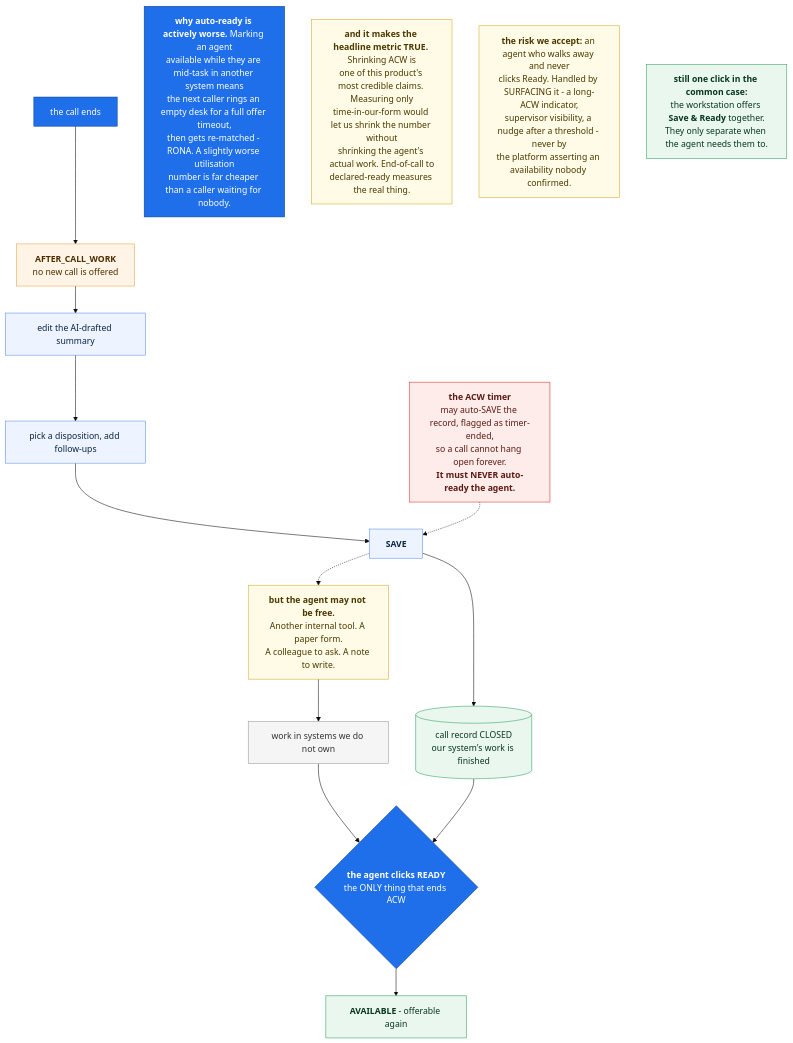
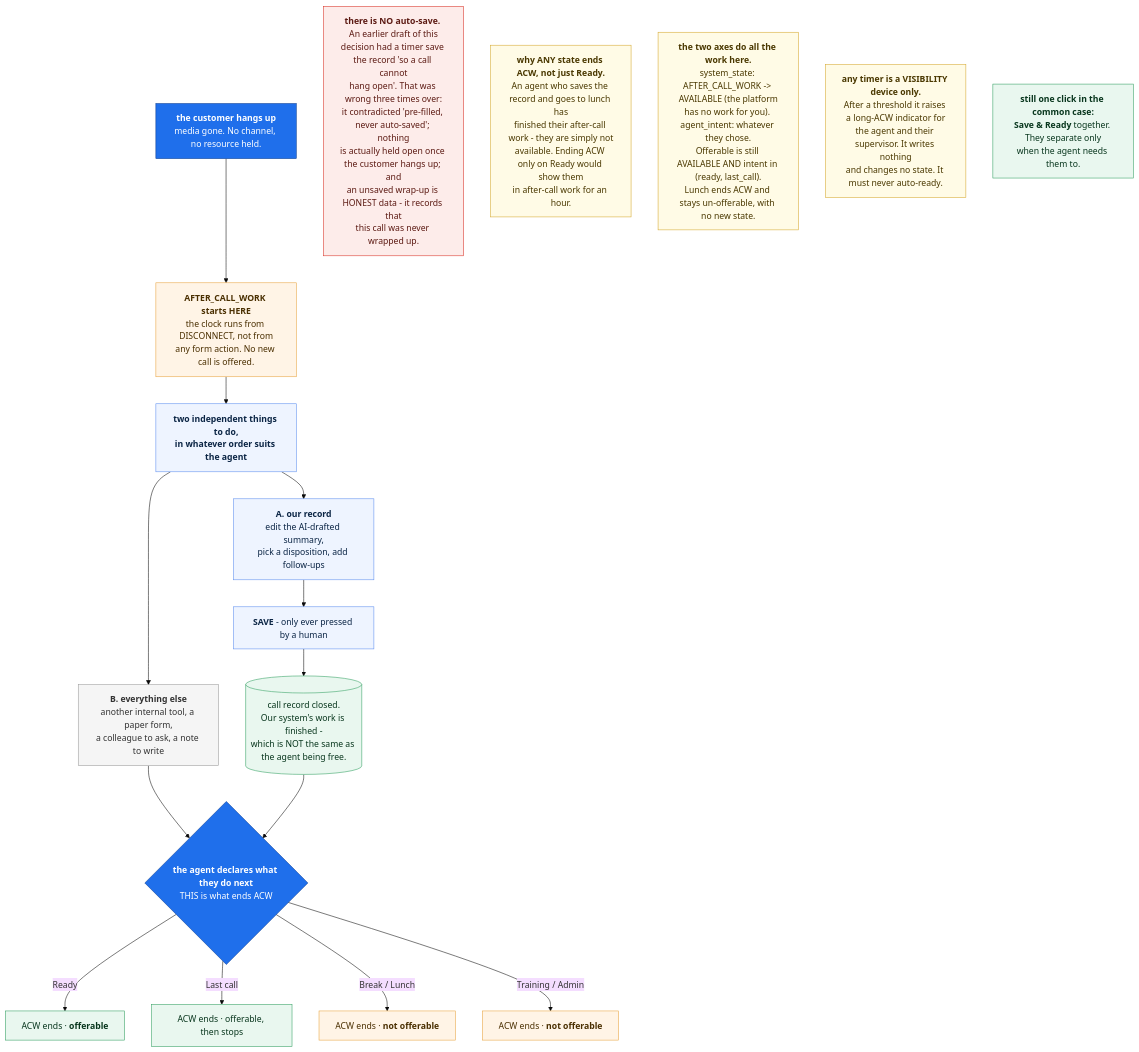
The diagram in docs/diagrams/src/acw_and_ready.mmd (anakom-suvonvorn/Krungsri-ReadyCall), drawn with Mermaid (base theme) before and after one commit. The commit also changed 8 other files, not shown here.

First line of the commit message:
acw: no auto-save, clock runs from disconnect, and any declared state ends ACW (D45 revised)

```diff
--- a/docs/diagrams/src/acw_and_ready.mmd
+++ b/docs/diagrams/src/acw_and_ready.mmd
@@ -1,39 +1,44 @@
-%% HANDWRITTEN. Checked against D45
+%% HANDWRITTEN. Checked against D45 (revised)
 flowchart TB
-    END["the call ends"]:::in
-    END --> ACW["<b>AFTER_CALL_WORK</b><br/>no new call is offered"]:::acw
+    END["<b>the customer hangs up</b><br/>media gone. No channel, no resource held."]:::in
+    END --> ACW["<b>AFTER_CALL_WORK starts HERE</b><br/>the clock runs from DISCONNECT, not from<br/>any form action. No new call is offered."]:::acw
 
-    ACW --> W1["edit the AI-drafted summary"]:::step
-    W1 --> W2["pick a disposition, add follow-ups"]:::step
-    W2 --> SAVE["<b>SAVE</b>"]:::save
-    SAVE --> REC[("call record CLOSED<br/>our system's work is finished")]:::store
+    ACW --> BOTH["<b>two independent things to do,<br/>in whatever order suits the agent</b>"]:::split
 
-    SAVE -.-> STILL["<b>but the agent may not be free.</b><br/>Another internal tool. A paper form.<br/>A colleague to ask. A note to write."]:::note
-    STILL --> OTHER["work in systems we do not own"]:::other
-    OTHER --> READY
+    BOTH --> A1["<b>A. our record</b><br/>edit the AI-drafted summary,<br/>pick a disposition, add follow-ups"]:::step
+    BOTH --> B1["<b>B. everything else</b><br/>another internal tool, a paper form,<br/>a colleague to ask, a note to write"]:::other
 
-    REC --> READY{"<b>the agent clicks READY</b><br/>the ONLY thing that ends ACW"}:::gate
-    READY --> AVAIL["<b>AVAILABLE</b> - offerable again"]:::ok
+    A1 --> SAVE["<b>SAVE</b> - only ever pressed by a human"]:::save
+    SAVE --> REC[("call record closed.<br/>Our system's work is finished -<br/>which is NOT the same as the agent being free.")]:::store
 
-    TIMER["<b>the ACW timer</b><br/>may auto-SAVE the record, flagged as timer-ended,<br/>so a call cannot hang open forever.<br/><b>It must NEVER auto-ready the agent.</b>"]:::warn
-    TIMER -.-> SAVE
+    B1 --> DECL
+    REC --> DECL
+    DECL{"<b>the agent declares what they do next</b><br/>THIS is what ends ACW"}:::gate
 
-    WHY["<b>why auto-ready is actively worse.</b> Marking an agent<br/>available while they are mid-task in another system means<br/>the next caller rings an empty desk for a full offer timeout,<br/>then gets re-matched - RONA. A slightly worse utilisation<br/>number is far cheaper than a caller waiting for nobody."]:::key
+    DECL -- "Ready" --> R1["ACW ends · <b>offerable</b>"]:::ok
+    DECL -- "Last call" --> R2["ACW ends · offerable, then stops"]:::ok
+    DECL -- "Break / Lunch" --> R3["ACW ends · <b>not offerable</b>"]:::neutral
+    DECL -- "Training / Admin" --> R4["ACW ends · <b>not offerable</b>"]:::neutral
 
-    METRIC["<b>and it makes the headline metric TRUE.</b> Shrinking ACW is<br/>one of this product's most credible claims. Measuring only<br/>time-in-our-form would let us shrink the number without<br/>shrinking the agent's actual work. End-of-call to<br/>declared-ready measures the real thing."]:::note
+    NOAUTO["<b>there is NO auto-save.</b> An earlier draft of this<br/>decision had a timer save the record 'so a call cannot<br/>hang open'. That was wrong three times over:<br/>it contradicted 'pre-filled, never auto-saved'; nothing<br/>is actually held open once the customer hangs up; and<br/>an unsaved wrap-up is HONEST data - it records that<br/>this call was never wrapped up."]:::warn
 
-    RISK["<b>the risk we accept:</b> an agent who walks away and never<br/>clicks Ready. Handled by SURFACING it - a long-ACW indicator,<br/>supervisor visibility, a nudge after a threshold - never by<br/>the platform asserting an availability nobody confirmed."]:::note
+    ANY["<b>why ANY state ends ACW, not just Ready.</b><br/>An agent who saves the record and goes to lunch has<br/>finished their after-call work - they are simply not<br/>available. Ending ACW only on Ready would show them<br/>in after-call work for an hour."]:::note
 
-    ONE["<b>still one click in the common case:</b><br/>the workstation offers <b>Save &amp; Ready</b> together.<br/>They only separate when the agent needs them to."]:::ok
+    AXES["<b>the two axes do all the work here.</b><br/>system_state: AFTER_CALL_WORK -> AVAILABLE (the platform<br/>has no work for you). agent_intent: whatever they chose.<br/>Offerable is still AVAILABLE AND intent in (ready, last_call).<br/>Lunch ends ACW and stays un-offerable, with no new state."]:::note
+
+    TIMER["<b>any timer is a VISIBILITY device only.</b><br/>After a threshold it raises a long-ACW indicator for<br/>the agent and their supervisor. It writes nothing<br/>and changes no state. It must never auto-ready."]:::note
+
+    ONE["<b>still one click in the common case:</b><br/><b>Save &amp; Ready</b> together. They separate only<br/>when the agent needs them to."]:::ok
 
     classDef in fill:#1f6feb,stroke:#0b3d91,color:#fff
     classDef acw fill:#fff4e6,stroke:#e8a33d,color:#4a2f00
+    classDef split fill:#eef4ff,stroke:#5b8def,color:#0b2545
     classDef step fill:#eef4ff,stroke:#5b8def,color:#0b2545
+    classDef other fill:#f5f5f5,stroke:#999,color:#333
     classDef save fill:#eef4ff,stroke:#5b8def,color:#0b2545
     classDef store fill:#e9f7ef,stroke:#2f9e5f,color:#08361d
-    classDef other fill:#f5f5f5,stroke:#999,color:#333
     classDef gate fill:#1f6feb,stroke:#0b3d91,color:#fff
     classDef ok fill:#e9f7ef,stroke:#2f9e5f,color:#08361d
+    classDef neutral fill:#fff4e6,stroke:#e8a33d,color:#4a2f00
     classDef warn fill:#fdecea,stroke:#d93025,color:#5c1a13
-    classDef key fill:#1f6feb,stroke:#0b3d91,color:#fff
     classDef note fill:#fffbe6,stroke:#d4a72c,color:#4a3800
```
